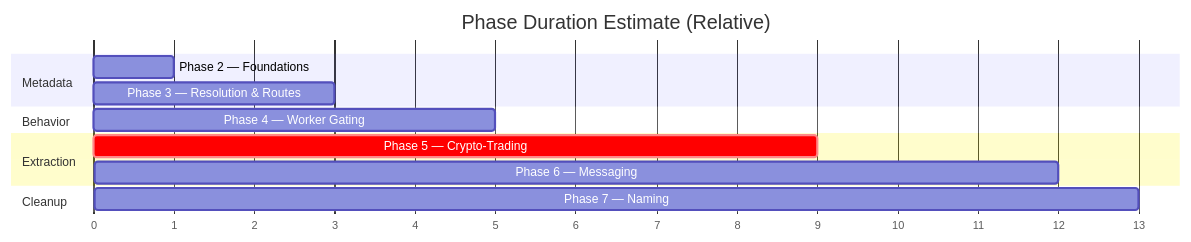
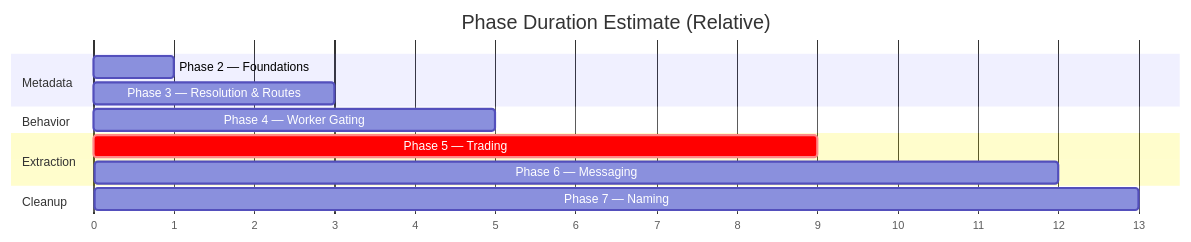
Before and after one commit to poshjosh/herobids: the third of 3 diagrams in docs/features/pending/000-capability-foundations/diagrams/phase-transitions.md, drawn with Mermaid. The commit also changed other lines of this file and 60 other files, not shown here.

````diff
--- a/docs/features/pending/000-capability-foundations/diagrams/phase-transitions.md
+++ b/docs/features/pending/000-capability-foundations/diagrams/phase-transitions.md
@@ -151,20 +151,20 @@
 ```mermaid
 gantt
   title Phase Duration Estimate (Relative)
   dateFormat X
   axisFormat %s
 
   section Metadata
     Phase 2 — Foundations         :p2, 0, 1
     Phase 3 — Resolution & Routes :p3, 1, 3
 
   section Behavior
     Phase 4 — Worker Gating       :p4, 3, 5
 
   section Extraction
-    Phase 5 — Crypto-Trading      :crit, p5, 5, 9
+    Phase 5 — Trading             :crit, p5, 5, 9
     Phase 6 — Messaging           :p6, 9, 12
 
   section Cleanup
     Phase 7 — Naming              :p7, 12, 13
 ```
````
